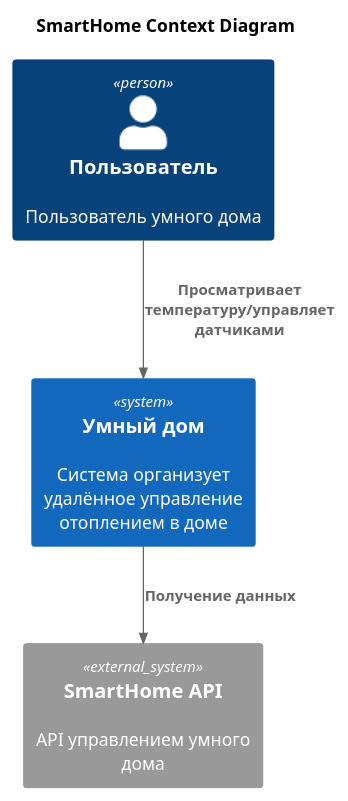
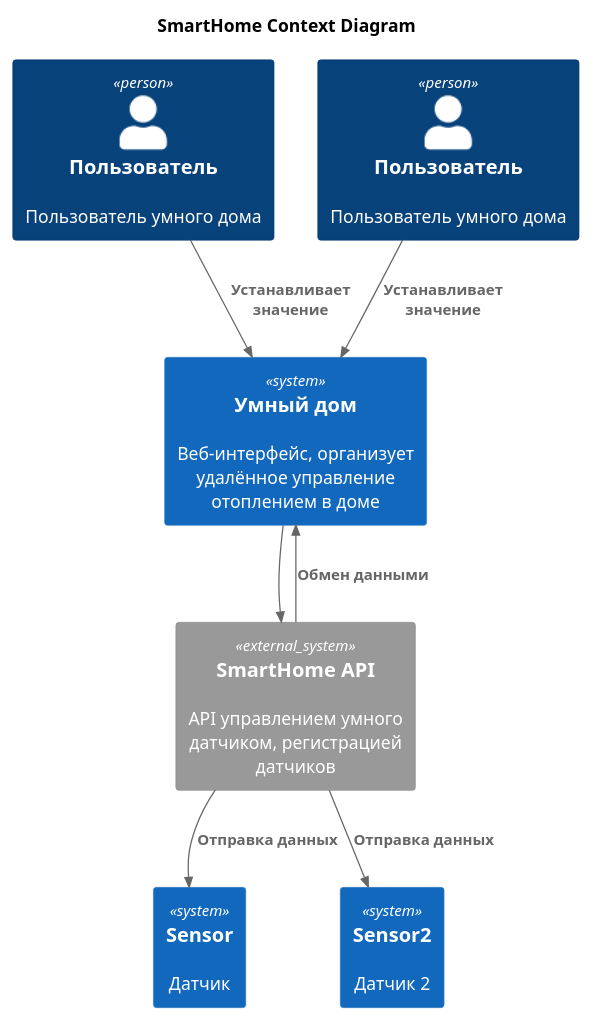
One commit to PuryginKE/architecture-warmhouse changed the diagram in diagrams/context/Context.puml. Above: the diagram before and after it, drawn with PlantUML. The commit also changed 19 other files, not shown here.

```diff
--- a/diagrams/context/Context.puml
+++ b/diagrams/context/Context.puml
@@ -1,16 +1,24 @@
 @startuml
 title SmartHome Context Diagram
 
 top to bottom direction
 
 !includeurl https://raw.githubusercontent.com/RicardoNiepel/C4-PlantUML/master/C4_Component.puml
 
 Person(user, "Пользователь", "Пользователь умного дома")
-System(SmartHomeSystem, "Умный дом", "Система организует удалённое управление отоплением в доме")
+Person(user2, "Пользователь", "Пользователь умного дома")
 
-System_Ext(api, "SmartHome API", "API управлением умного дома")
+System(sensor, "Sensor", "Датчик")
+System(sensor2, "Sensor2", "Датчик 2")
+System(SmartHomeSystem, "Умный дом", "Веб-интерфейс, организует удалённое управление отоплением в доме")
 
-Rel(user, SmartHomeSystem, "Просматривает температуру/управляет датчиками")
-Rel(SmartHomeSystem,api,"Получение данных")
+System_Ext(api, "SmartHome API", "API управлением умного датчиком, регистрацией датчиков")
+
+Rel(user, SmartHomeSystem, "Устанавливает значение")
+Rel(user2, SmartHomeSystem, "Устанавливает значение")
+Rel(SmartHomeSystem,api,"")
+Rel(api,SmartHomeSystem,"Обмен данными")
+Rel(api,sensor,"Отправка данных")
+Rel(api,sensor2,"Отправка данных")
 
 @enduml
```
